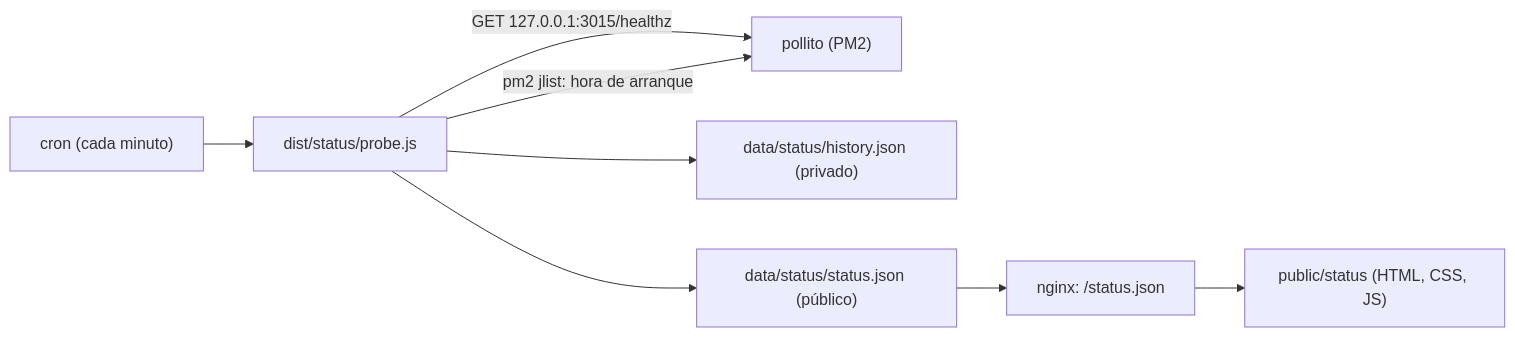
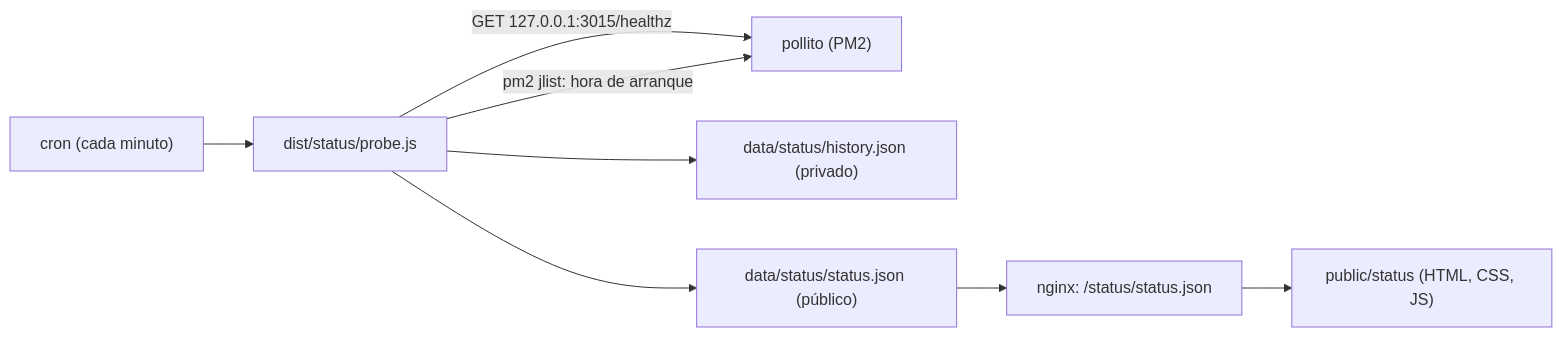
Before and after one commit to tBeltty/pollito: the third of 3 diagrams in OPERATIONS.md, drawn with Mermaid. The commit also changed other lines of this file and 6 other files, not shown here.

````diff
--- a/OPERATIONS.md
+++ b/OPERATIONS.md
@@ -256,10 +256,10 @@
 ```mermaid
 flowchart LR
     Cron["cron (cada minuto)"] --> Probe["dist/status/probe.js"]
     Probe -->|GET 127.0.0.1:3015/healthz| Bot["pollito (PM2)"]
     Probe -->|pm2 jlist: hora de arranque| Bot
     Probe --> Hist["data/status/history.json (privado)"]
     Probe --> Json["data/status/status.json (público)"]
-    Json --> Nginx["nginx: /status.json"]
+    Json --> Nginx["nginx: /status/status.json"]
     Nginx --> Page["public/status (HTML, CSS, JS)"]
 ```
````
